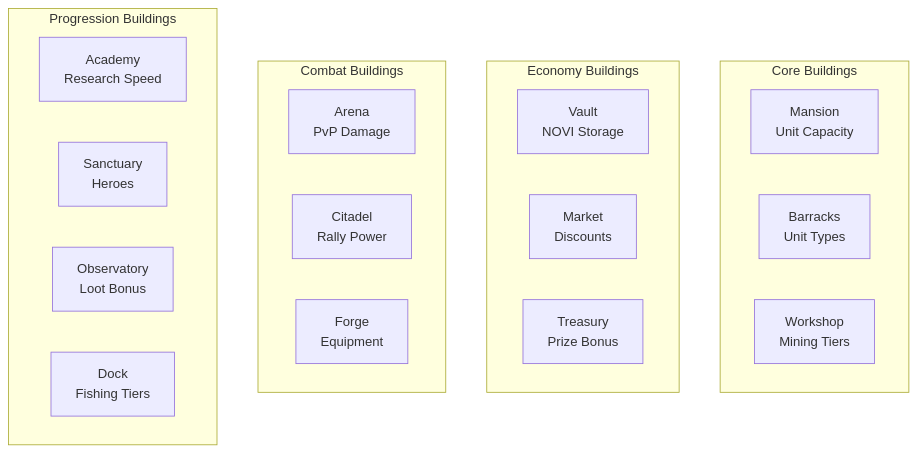
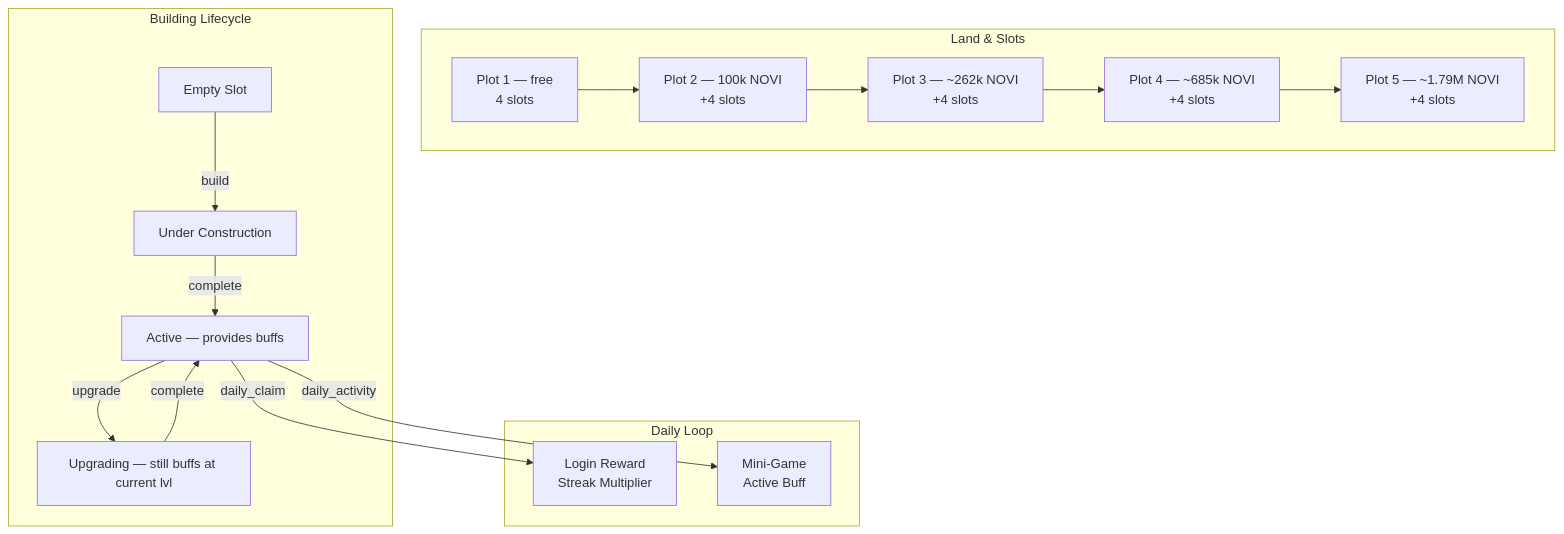
One commit to crypt0miester/novus-mundus changed the first of 9 diagrams in docs/onchain/04-systems/estates.md. Above: the diagram before and after it, drawn with Mermaid. The commit also changed other lines of this file and 259 other files, not shown here.

Commit message:
Add player journey game plan: narrative arc, the Steward, estate redesign and Market unbundling

````diff
--- a/docs/onchain/04-systems/estates.md
+++ b/docs/onchain/04-systems/estates.md
@@ -44,27 +9,21 @@
 ```mermaid
 graph TB
-    subgraph "Core Buildings"
-        MANSION[Mansion<br/>Unit Capacity]
-        BARRACKS[Barracks<br/>Unit Types]
-        WORKSHOP[Workshop<br/>Mining Tiers]
+    subgraph "Land & Slots"
+        P1[Plot 1 — free<br/>4 slots] --> P2[Plot 2 — 100k NOVI<br/>+4 slots]
+        P2 --> P3[Plot 3 — ~262k NOVI<br/>+4 slots]
+        P3 --> P4[Plot 4 — ~685k NOVI<br/>+4 slots]
+        P4 --> P5[Plot 5 — ~1.79M NOVI<br/>+4 slots]
     end
 
-    subgraph "Economy Buildings"
-        VAULT[Vault<br/>NOVI Storage]
-        MARKET[Market<br/>Discounts]
-        TREASURY[Treasury<br/>Prize Bonus]
+    subgraph "Building Lifecycle"
+        EMPTY[Empty Slot] -->|build| BLDG[Under Construction]
+        BLDG -->|complete| ACTIVE[Active — provides buffs]
+        ACTIVE -->|upgrade| UPG[Upgrading — still buffs at current lvl]
+        UPG -->|complete| ACTIVE
     end
 
-    subgraph "Combat Buildings"
-        ARENA[Arena<br/>PvP Damage]
-        CITADEL[Citadel<br/>Rally Power]
-        FORGE_B[Forge<br/>Equipment]
-    end
-
-    subgraph "Progression Buildings"
-        ACADEMY[Academy<br/>Research Speed]
-        SANCTUARY[Sanctuary<br/>Heroes]
-        OBSERVATORY[Observatory<br/>Loot Bonus]
-        DOCK[Dock<br/>Fishing Tiers]
+    subgraph "Daily Loop"
+        ACTIVE -->|daily_claim| DC[Login Reward<br/>Streak Multiplier]
+        ACTIVE -->|daily_activity| DA[Mini-Game<br/>Active Buff]
     end
 ```
````
